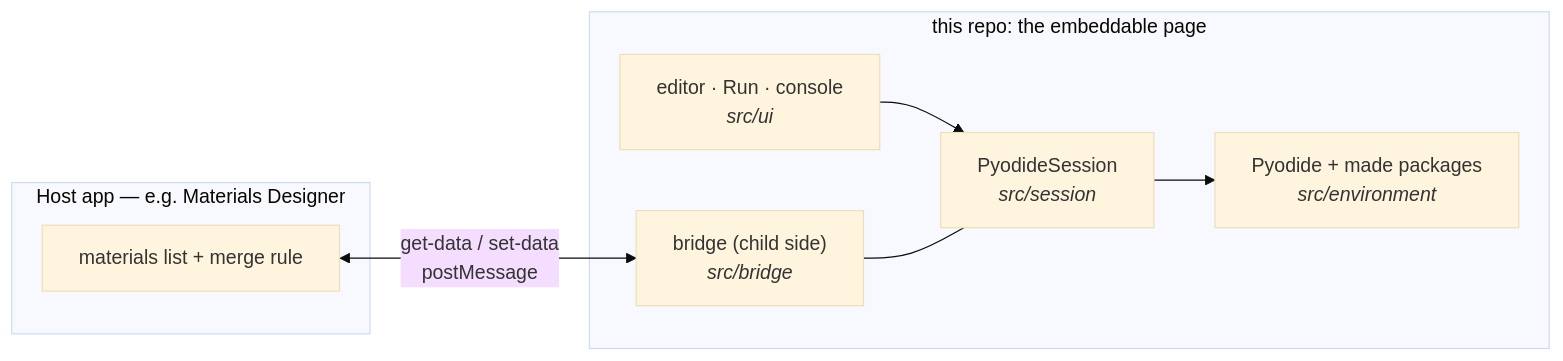
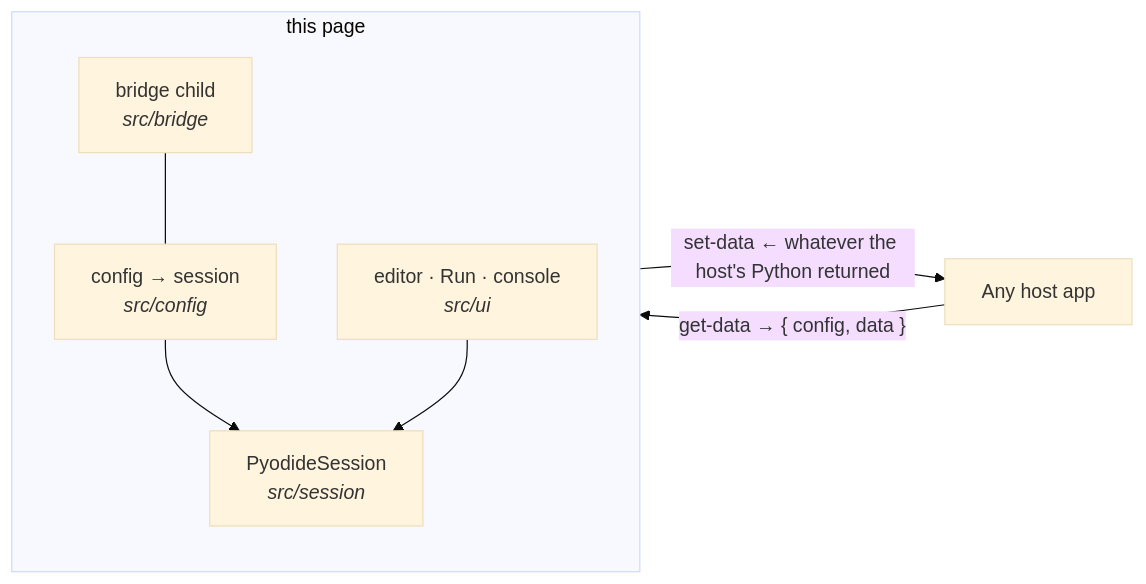
One commit to mat3ra/pyodide-repl changed the diagram in README.md. Above: the diagram before and after it, drawn with Mermaid (base theme). The commit also changed other lines of this file and 20 other files, not shown here.

First line of the commit message:
feat: a generic, host-configured REPL page and its data bridge

````diff
--- a/README.md
+++ b/README.md
@@ -8,12 +11,10 @@
 ```mermaid
 flowchart LR
-    subgraph host["Host app — e.g. Materials Designer"]
-        H["materials list + merge rule"]
+    H["Any host app"] -- "get-data → { config, data }" --> P
+    P -- "set-data ← whatever the host's Python returned" --> H
+    subgraph P["this page"]
+        C["config → session<br/><i>src/config</i>"] --> S["PyodideSession<br/><i>src/session</i>"]
+        UI["editor · Run · console<br/><i>src/ui</i>"] --> S
+        B["bridge child<br/><i>src/bridge</i>"] --- C
     end
-    subgraph page["this repo: the embeddable page"]
-        UI["editor · Run · console<br/><i>src/ui</i>"] --> S["PyodideSession<br/><i>src/session</i>"]
-        S --> E["Pyodide + made packages<br/><i>src/environment</i>"]
-        B["bridge (child side)<br/><i>src/bridge</i>"] --- S
-    end
-    H <-- "get-data / set-data<br/>postMessage" --> B
 ```
````
